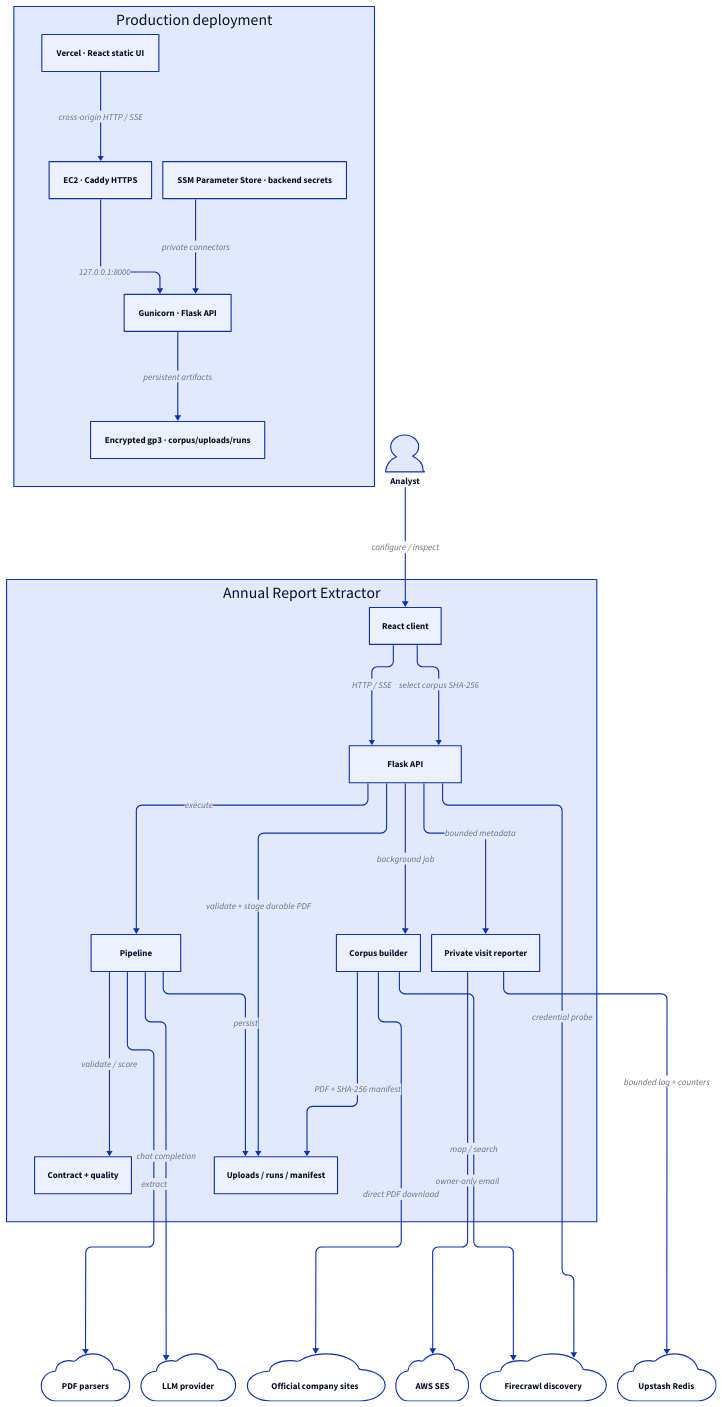
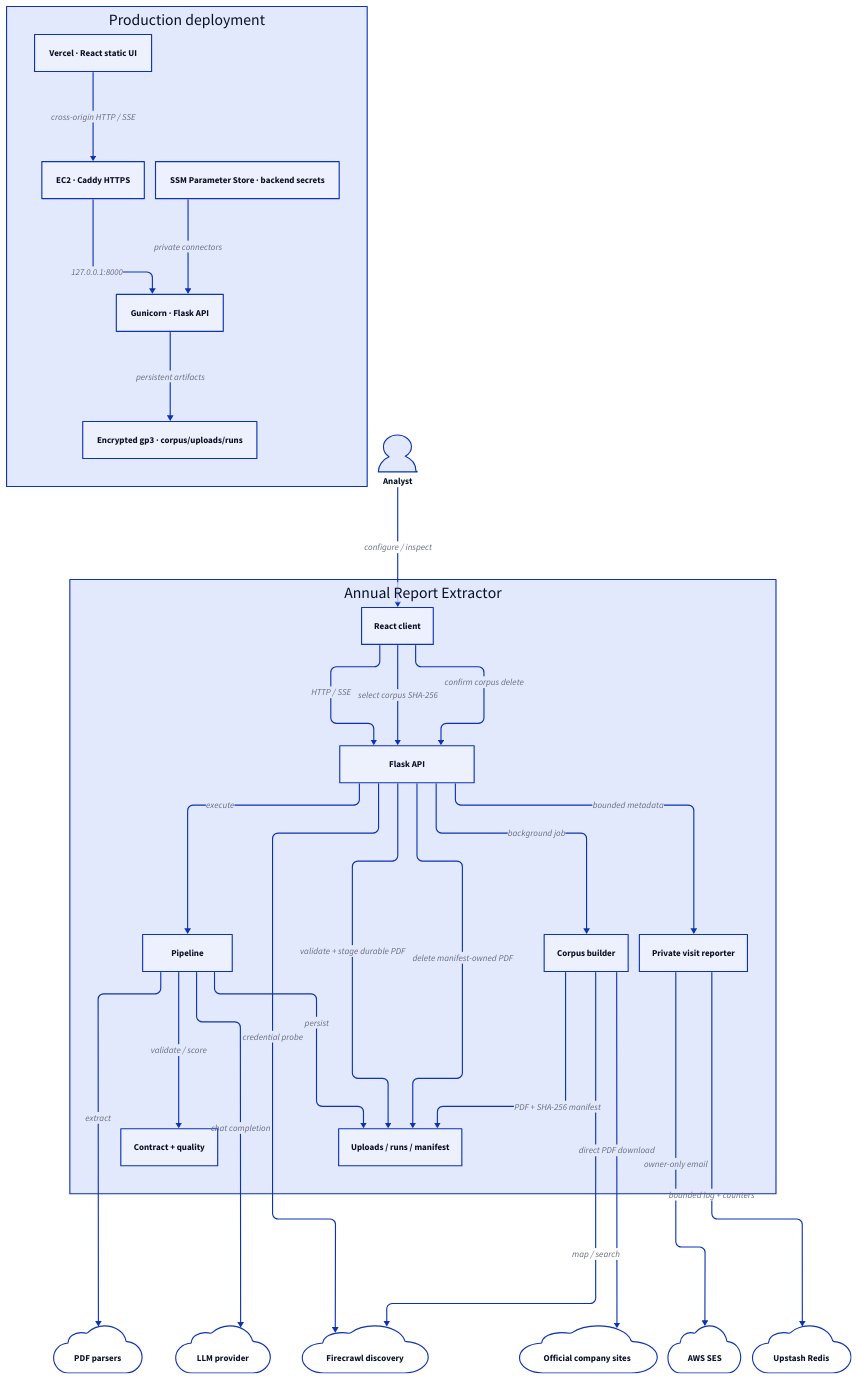
One commit to MohamedFuad16/ledger-financial-report-system changed the diagram in agent/graph/architecture.d2. Above: the diagram before and after it, drawn with D2. The commit also changed 15 other files, not shown here.

```diff
--- a/agent/graph/architecture.d2
+++ b/agent/graph/architecture.d2
@@ -1,59 +1,61 @@
 vars: {
   d2-config: {
     layout-engine: elk
     pad: 40
     center: true
   }
 }
 direction: down
 
 user: "Analyst" {shape: person}
 
 app: "Annual Report Extractor" {
   client: "React client"
   api: "Flask API"
   pipeline: "Pipeline"
   quality: "Contract + quality"
   corpus: "Corpus builder"
   traffic: "Private visit reporter"
   storage: "Uploads / runs / manifest"
 
   client -> api: "HTTP / SSE"
   client -> api: "select corpus SHA-256"
+  client -> api: "confirm corpus delete"
   api -> pipeline: "execute"
   api -> storage: "validate + stage durable PDF"
+  api -> storage: "delete manifest-owned PDF"
   api -> corpus: "background job"
   api -> traffic: "bounded metadata"
   pipeline -> quality: "validate / score"
   pipeline -> storage: "persist"
   corpus -> storage: "PDF + SHA-256 manifest"
 }
 
 parsers: "PDF parsers" {shape: cloud}
 llm: "LLM provider" {shape: cloud}
 firecrawl: "Firecrawl discovery" {shape: cloud}
 official: "Official company sites" {shape: cloud}
 upstash: "Upstash Redis" {shape: cloud}
 ses: "AWS SES" {shape: cloud}
 
 user -> app.client: "configure / inspect"
 app.pipeline -> parsers: "extract"
 app.pipeline -> llm: "chat completion"
 app.corpus -> firecrawl: "map / search"
 app.api -> firecrawl: "credential probe"
 app.corpus -> official: "direct PDF download"
 app.traffic -> upstash: "bounded log + counters"
 app.traffic -> ses: "owner-only email"
 
 deployment: "Production deployment" {
   vercel: "Vercel · React static UI"
   caddy: "EC2 · Caddy HTTPS"
   gunicorn: "Gunicorn · Flask API"
   disk: "Encrypted gp3 · corpus/uploads/runs"
   parameter: "SSM Parameter Store · backend secrets"
 
   vercel -> caddy: "cross-origin HTTP / SSE"
   caddy -> gunicorn: "127.0.0.1:8000"
   gunicorn -> disk: "persistent artifacts"
   parameter -> gunicorn: "private connectors"
 }
```
